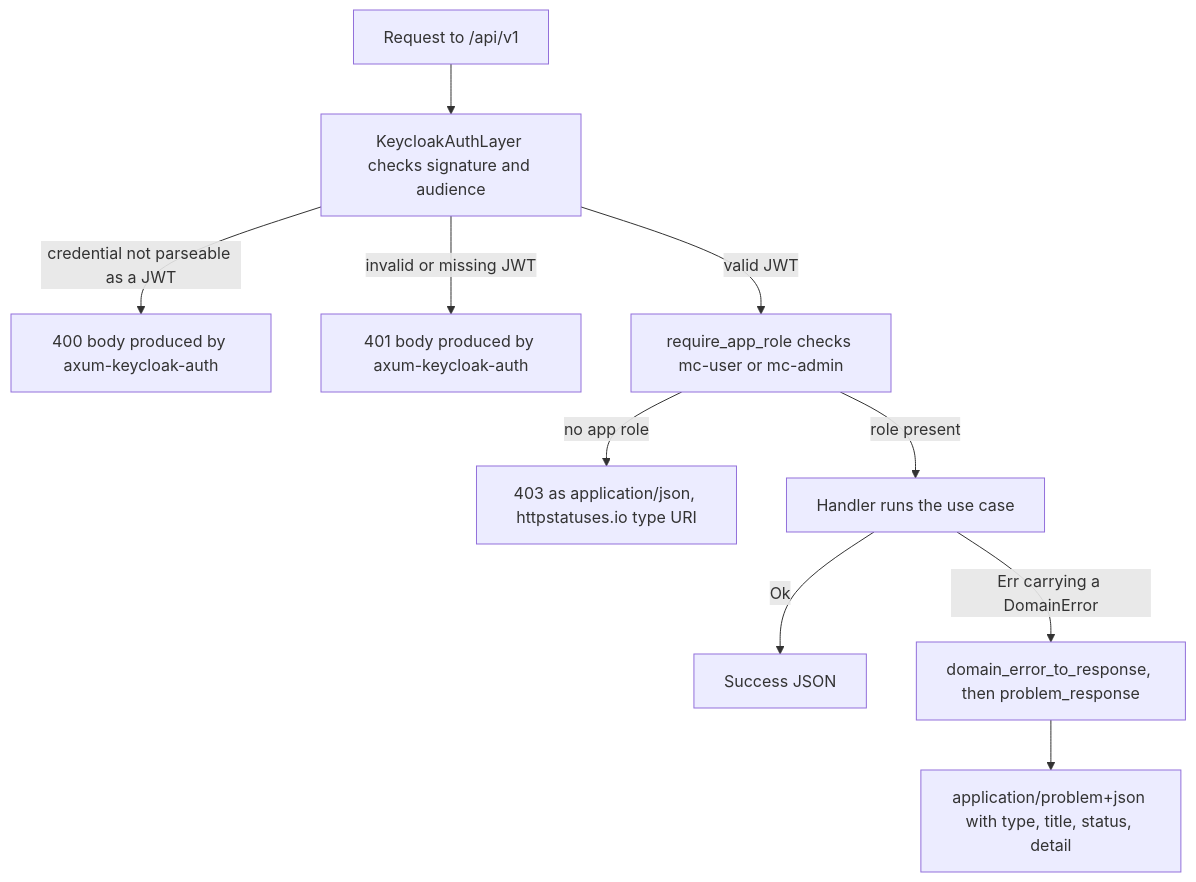
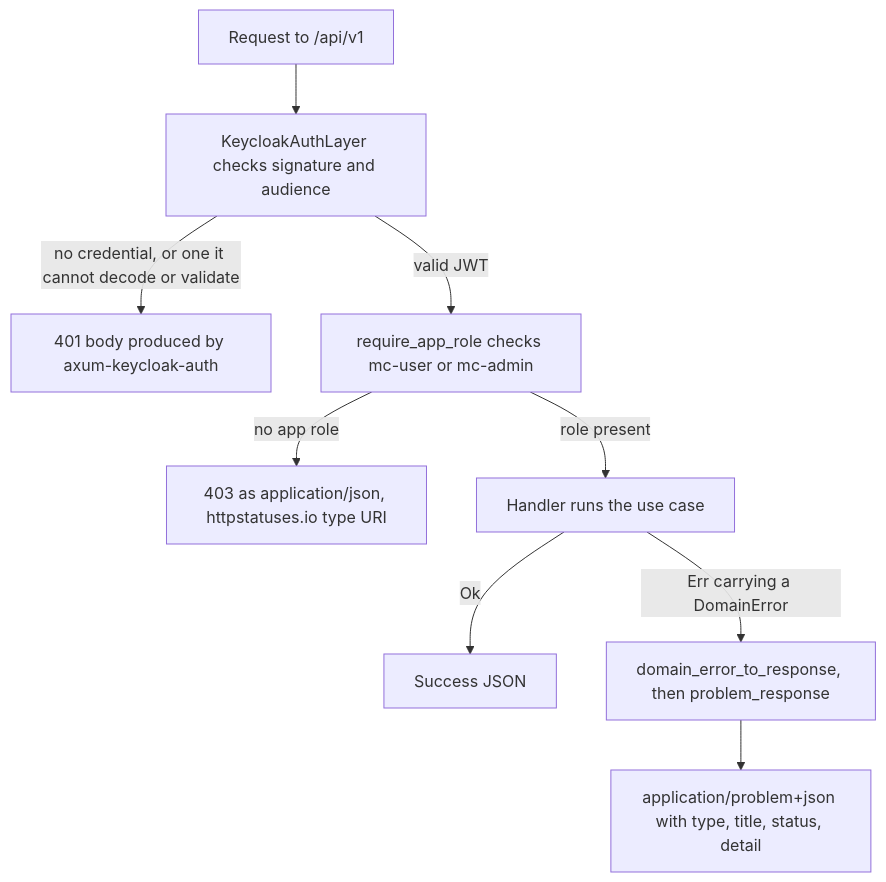
The first of 2 diagrams in openwiki/gotchas/rfc-9457-problem-details.md (jumbleknot/MovieCollectionManager), drawn with Mermaid before and after one commit. The commit also changed other lines of this file and 15 other files, not shown here.

````diff
--- a/openwiki/gotchas/rfc-9457-problem-details.md
+++ b/openwiki/gotchas/rfc-9457-problem-details.md
@@ -93,12 +93,11 @@
 ```mermaid
 flowchart TD
     Req["Request to /api/v1"] --> Auth["KeycloakAuthLayer checks signature and audience"]
-    Auth -->|"credential not parseable as a JWT"| Lib400["400 body produced by axum-keycloak-auth"]
-    Auth -->|"invalid or missing JWT"| Lib401["401 body produced by axum-keycloak-auth"]
+    Auth -->|"no credential, or one it cannot decode or validate"| Lib401["401 body produced by axum-keycloak-auth"]
     Auth -->|"valid JWT"| Role["require_app_role checks mc-user or mc-admin"]
     Role -->|"no app role"| Role403["403 as application/json, httpstatuses.io type URI"]
     Role -->|"role present"| Handler["Handler runs the use case"]
     Handler -->|"Ok"| Success["Success JSON"]
     Handler -->|"Err carrying a DomainError"| Problem["domain_error_to_response, then problem_response"]
     Problem --> Body["application/problem+json with type, title, status, detail"]
 ```
````
